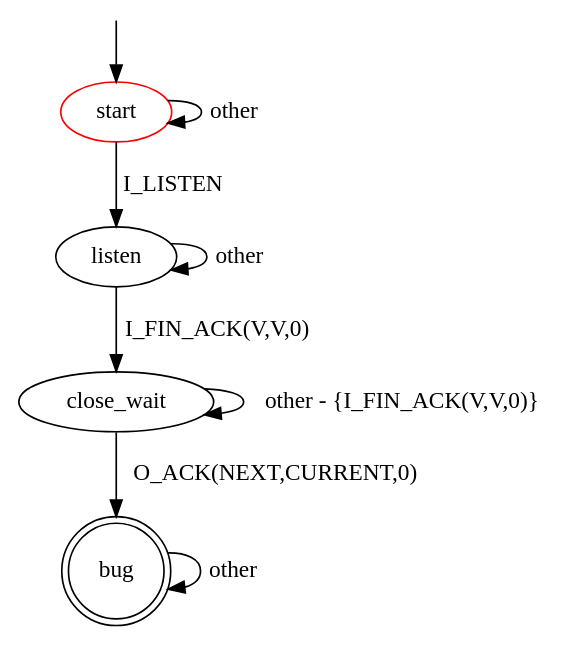
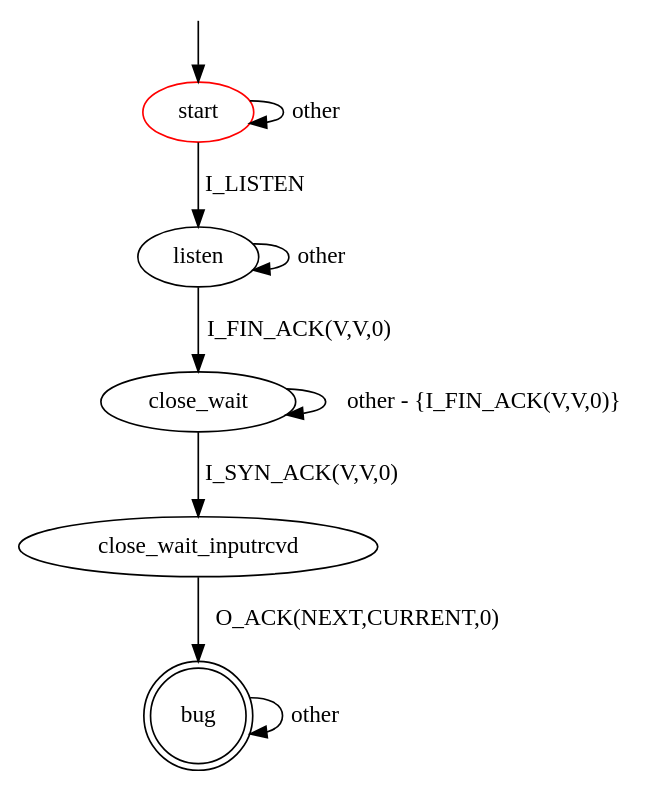
The diagram in src/main/resources/patterns/tcp/server/invalid_response_to_synack_close_wait_time_wait.dot (assist-project/state-machine-bug-finder), drawn with Graphviz before and after one commit. The commit also changed 13 other files, not shown here.

```diff
--- a/src/main/resources/patterns/tcp/server/invalid_response_to_synack_close_wait_time_wait.dot
+++ b/src/main/resources/patterns/tcp/server/invalid_response_to_synack_close_wait_time_wait.dot
@@ -1,17 +1,18 @@
 digraph G {
 label=""
 start [color="red"]
 bug [shape="doublecircle"]
 
 start -> start [label="other"]
 start -> listen [label="I_LISTEN"]
 listen -> listen [label="other"]
 listen -> close_wait [label="I_FIN_ACK(V,V,0)"]
 close_wait -> close_wait [label="other - {I_FIN_ACK(V,V,0)}"]
-close_wait -> bug [label="O_ACK(NEXT,CURRENT,0)"]
+close_wait -> close_wait_inputrcvd [label="I_SYN_ACK(V,V,0)"]
+close_wait_inputrcvd -> bug [label="O_ACK(NEXT,CURRENT,0)"]
 
 bug -> bug [label="other"]
 
 __start0 [label="" shape="none" width="0" height="0"];
 __start0 -> start;
 }
```
